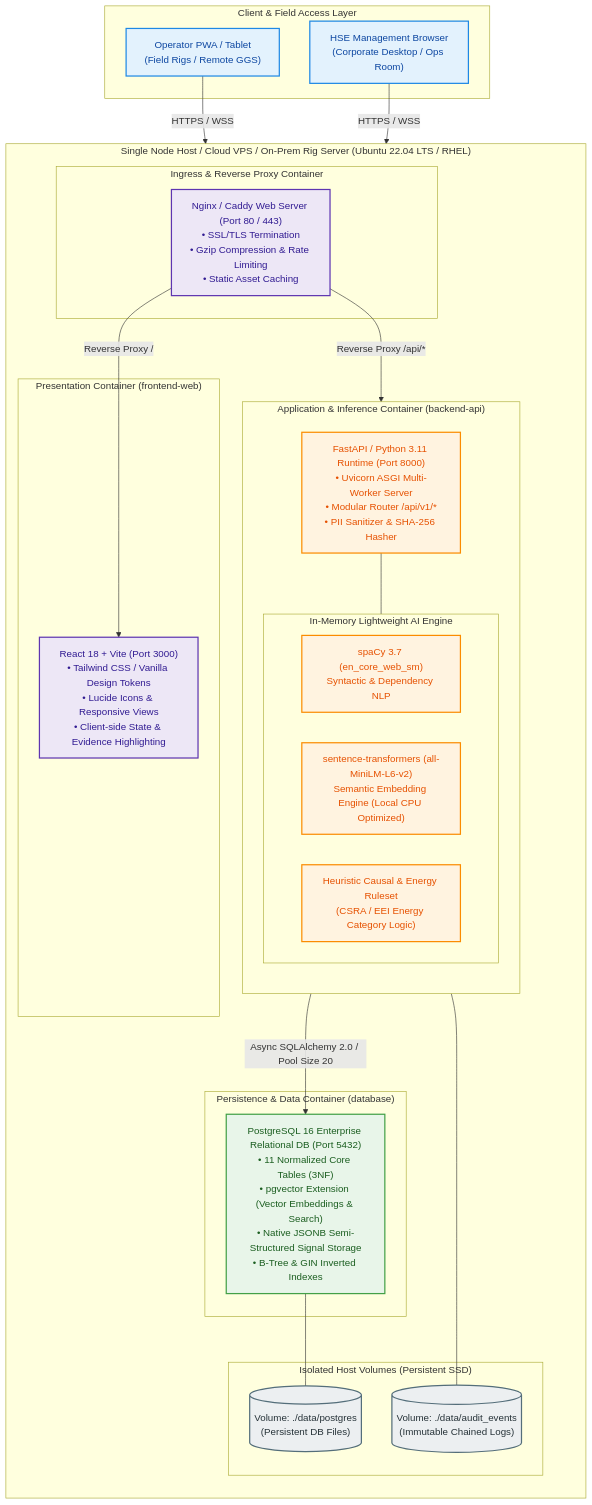
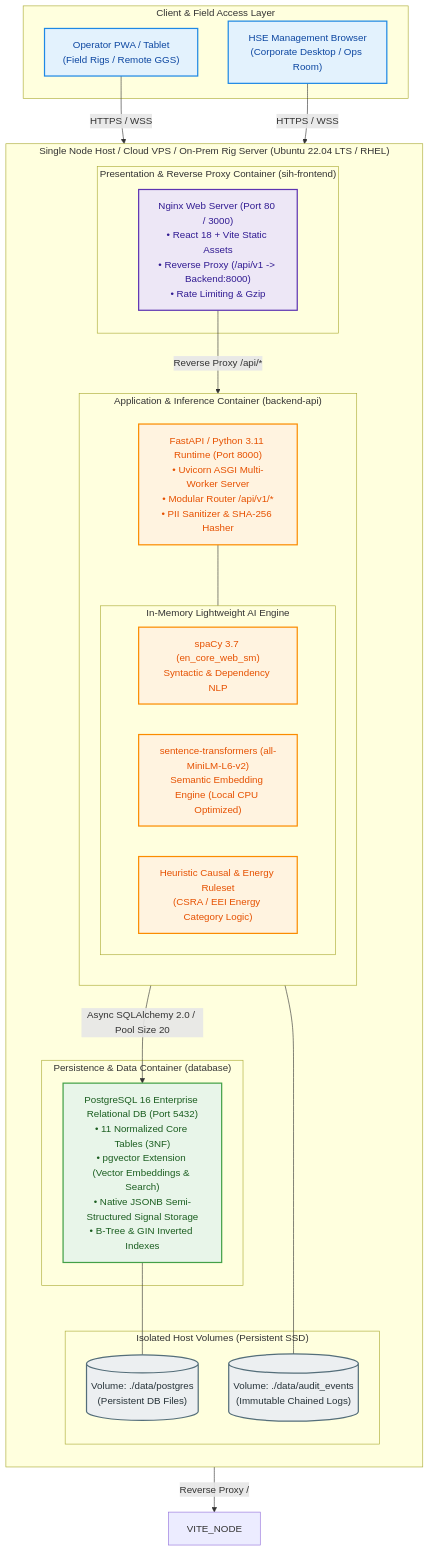
Before and after one commit to shlok926/oil-safety-intelligence-platform: the fourth of 6 diagrams in docs/ARCHITECTURE_DIAGRAMS_MERMAID.md, drawn with Mermaid. The commit also changed other lines of this file and 1 other file, not shown here.

Commit message:
docs(ai): clarify H0 MiniLM baseline vs H1 DeBERTa and update architecture diagrams

````diff
--- a/docs/ARCHITECTURE_DIAGRAMS_MERMAID.md
+++ b/docs/ARCHITECTURE_DIAGRAMS_MERMAID.md
@@ -245,55 +245,51 @@
 ```mermaid
 flowchart TD
     classDef user fill:#E3F2FD,stroke:#1E88E5,stroke-width:2px,color:#0D47A1;
     classDef edge fill:#EDE7F6,stroke:#5E35B1,stroke-width:2px,color:#311B92;
     classDef app fill:#FFF3E0,stroke:#FB8C00,stroke-width:2px,color:#E65100;
     classDef db fill:#E8F5E9,stroke:#43A047,stroke-width:2px,color:#1B5E20;
     classDef store fill:#ECEFF1,stroke:#546E7A,stroke-width:2px,color:#263238;
 
     subgraph CLIENT_TIER ["Client & Field Access Layer"]
         CLI_PWA["Operator PWA / Tablet\n(Field Rigs / Remote GGS)"]:::user
         CLI_WEB["HSE Management Browser\n(Corporate Desktop / Ops Room)"]:::user
     end
 
     subgraph HOST ["Single Node Host / Cloud VPS / On-Prem Rig Server (Ubuntu 22.04 LTS / RHEL)"]
         direction TB
 
-        subgraph INGRESS ["Ingress & Reverse Proxy Container"]
-            NGINX["Nginx / Caddy Web Server (Port 80 / 443)\n• SSL/TLS Termination\n• Gzip Compression & Rate Limiting\n• Static Asset Caching"]:::edge
-        end
-
-        subgraph FRONTEND ["Presentation Container (frontend-web)"]
-            VITE_NODE["React 18 + Vite (Port 3000)\n• Tailwind CSS / Vanilla Design Tokens\n• Lucide Icons & Responsive Views\n• Client-side State & Evidence Highlighting"]:::edge
+        subgraph FRONTEND ["Presentation & Reverse Proxy Container (sih-frontend)"]
+            NGINX["Nginx Web Server (Port 80 / 3000)\n• React 18 + Vite Static Assets\n• Reverse Proxy (/api/v1 -> Backend:8000)\n• Rate Limiting & Gzip"]:::edge
         end
 
         subgraph BACKEND ["Application & Inference Container (backend-api)"]
             direction TB
             FASTAPI["FastAPI / Python 3.11 Runtime (Port 8000)\n• Uvicorn ASGI Multi-Worker Server\n• Modular Router /api/v1/*\n• PII Sanitizer & SHA-256 Hasher"]:::app
             
             subgraph EMBEDDED_AI ["In-Memory Lightweight AI Engine"]
                 SPACY["spaCy 3.7 (en_core_web_sm)\nSyntactic & Dependency NLP"]:::app
                 TRANS["sentence-transformers (all-MiniLM-L6-v2)\nSemantic Embedding Engine (Local CPU Optimized)"]:::app
                 RULE_MOD["Heuristic Causal & Energy Ruleset\n(CSRA / EEI Energy Category Logic)"]:::app
             end
 
             FASTAPI --- EMBEDDED_AI
         end
 
         subgraph PERSISTENCE ["Persistence & Data Container (database)"]
             PG_DB["PostgreSQL 16 Enterprise Relational DB (Port 5432)\n• 11 Normalized Core Tables (3NF)\n• pgvector Extension (Vector Embeddings & Search)\n• Native JSONB Semi-Structured Signal Storage\n• B-Tree & GIN Inverted Indexes"]:::db
         end
 
         subgraph STORAGE ["Isolated Host Volumes (Persistent SSD)"]
             VOL_PG[("Volume: ./data/postgres\n(Persistent DB Files)")]:::store
             VOL_LOG[("Volume: ./data/audit_events\n(Immutable Chained Logs)")]:::store
         end
     end
 
     %% Network Connections
     CLI_PWA & CLI_WEB -->|HTTPS / WSS| NGINX
     NGINX -->|Reverse Proxy /| VITE_NODE
     NGINX -->|Reverse Proxy /api/*| FASTAPI
     FASTAPI -->|Async SQLAlchemy 2.0 / Pool Size 20| PG_DB
     PG_DB --- VOL_PG
     FASTAPI --- VOL_LOG
 ```
````
